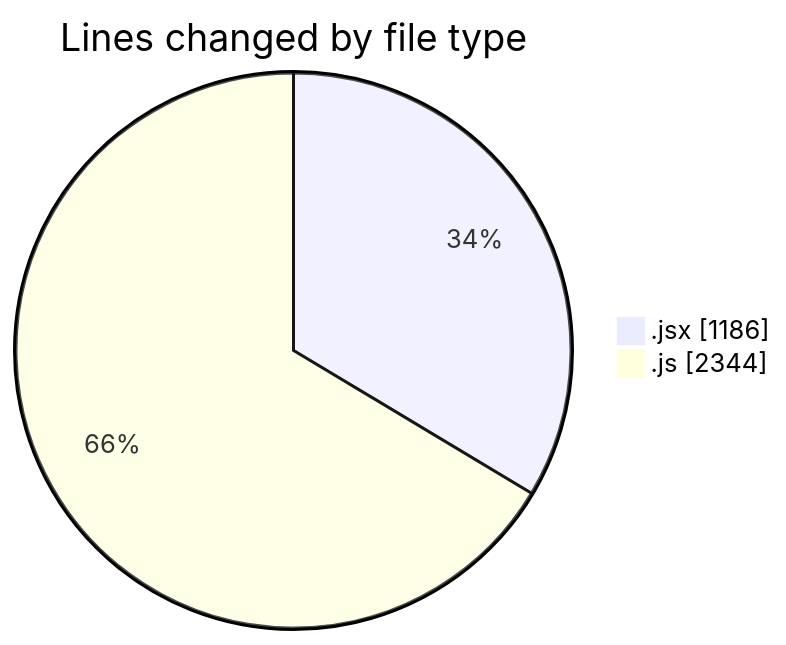
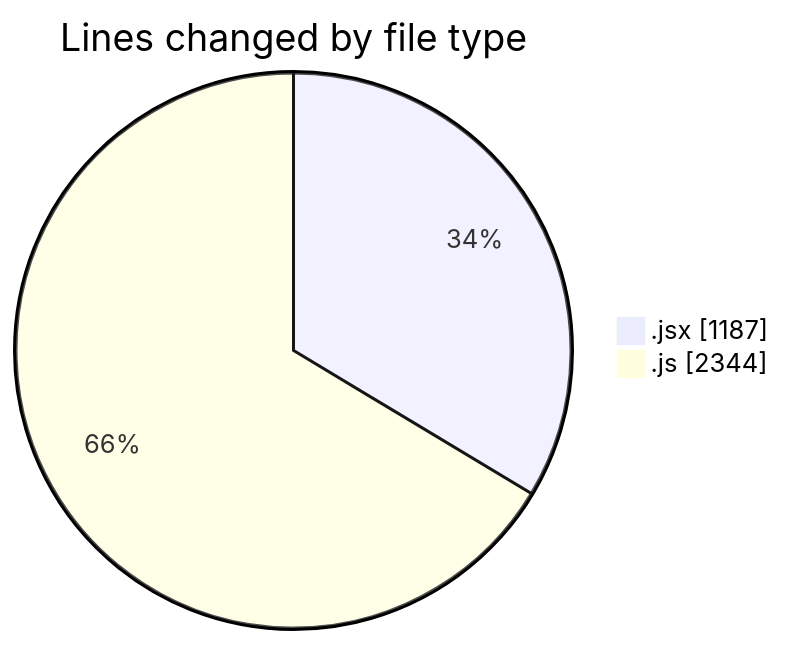
One commit to nxtqubesakshisongat/code-tracking changed the first of 2 diagrams in 2025-12-08/nxtqube_webapp/README.md. Above: the diagram before and after it, drawn with Mermaid. The commit also changed other lines of this file and 1 other file, not shown here.

````diff
--- a/2025-12-08/nxtqube_webapp/README.md
+++ b/2025-12-08/nxtqube_webapp/README.md
@@ -25,6 +25,6 @@
 ```mermaid
 pie showData
 title Lines changed by file type
-".jsx" : 1186
+".jsx" : 1187
 ".js" : 2344
 ```
````
